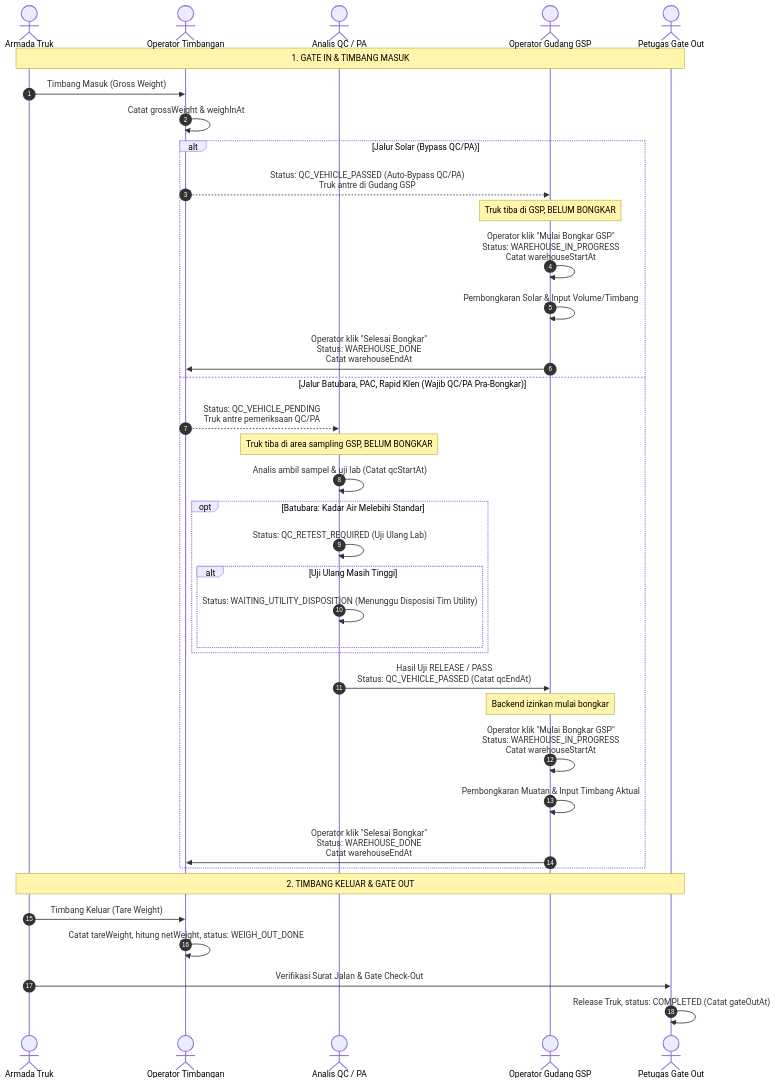
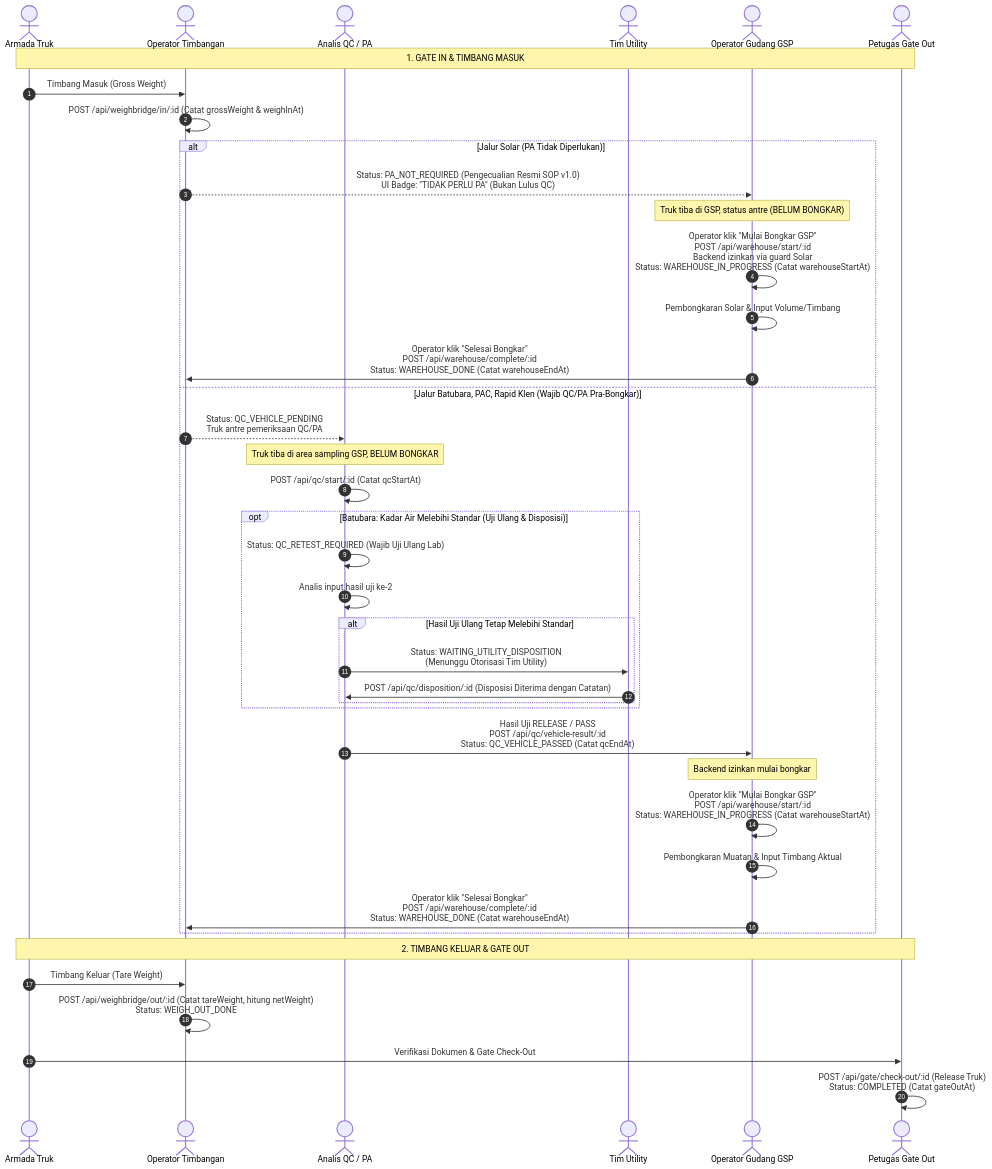
The diagram in docs/superpowers/specs/2026-09-29-gsp-4-groups-workflow-design.md (rahmatauliya10/Aplikasi-Gate-Management-System), drawn with Mermaid before and after one commit. The commit also changed other lines of this file, not shown here.

Commit message:
docs(spec): revise gsp spec to revision 3 with PA_NOT_REQUIRED, anti-tamper guard, and synced controller endpoints

````diff
--- a/docs/superpowers/specs/2026-09-29-gsp-4-groups-workflow-design.md
+++ b/docs/superpowers/specs/2026-09-29-gsp-4-groups-workflow-design.md
@@ -19,44 +20,47 @@
 ```mermaid
 sequenceDiagram
     autonumber
     actor Driver as Armada Truk
     actor WB as Operator Timbangan
     actor QC as Analis QC / PA
+    actor Util as Tim Utility
     actor WH as Operator Gudang GSP
     actor Sec as Petugas Gate Out
 
     Note over Driver,Sec: 1. GATE IN & TIMBANG MASUK
     Driver->>WB: Timbang Masuk (Gross Weight)
-    WB->>WB: Catat grossWeight & weighInAt
+    WB->>WB: POST /api/weighbridge/in/:id (Catat grossWeight & weighInAt)
 
-    alt Jalur Solar (Bypass QC/PA)
-        WB-->>WH: Status: QC_VEHICLE_PASSED (Auto-Bypass QC/PA)<br/>Truk antre di Gudang GSP
-        Note over WH: Truk tiba di GSP, BELUM BONGKAR
-        WH->>WH: Operator klik "Mulai Bongkar GSP"<br/>Status: WAREHOUSE_IN_PROGRESS<br/>Catat warehouseStartAt
+    alt Jalur Solar (PA Tidak Diperlukan)
+        WB-->>WH: Status: PA_NOT_REQUIRED (Pengecualian Resmi SOP v1.0)<br/>UI Badge: "TIDAK PERLU PA" (Bukan Lulus QC)
+        Note over WH: Truk tiba di GSP, status antre (BELUM BONGKAR)
+        WH->>WH: Operator klik "Mulai Bongkar GSP"<br/>POST /api/warehouse/start/:id<br/>Backend izinkan via guard Solar<br/>Status: WAREHOUSE_IN_PROGRESS (Catat warehouseStartAt)
         WH->>WH: Pembongkaran Solar & Input Volume/Timbang
-        WH->>WB: Operator klik "Selesai Bongkar"<br/>Status: WAREHOUSE_DONE<br/>Catat warehouseEndAt
+        WH->>WB: Operator klik "Selesai Bongkar"<br/>POST /api/warehouse/complete/:id<br/>Status: WAREHOUSE_DONE (Catat warehouseEndAt)
     else Jalur Batubara, PAC, Rapid Klen (Wajib QC/PA Pra-Bongkar)
         WB-->>QC: Status: QC_VEHICLE_PENDING<br/>Truk antre pemeriksaan QC/PA
         Note over QC: Truk tiba di area sampling GSP, BELUM BONGKAR
-        QC->>QC: Analis ambil sampel & uji lab (Catat qcStartAt)
+        QC->>QC: POST /api/qc/start/:id (Catat qcStartAt)
         
-        opt Batubara: Kadar Air Melebihi Standar
-            QC->>QC: Status: QC_RETEST_REQUIRED (Uji Ulang Lab)
-            alt Uji Ulang Masih Tinggi
-                QC->>QC: Status: WAITING_UTILITY_DISPOSITION (Menunggu Disposisi Tim Utility)
+        opt Batubara: Kadar Air Melebihi Standar (Uji Ulang & Disposisi)
+            QC->>QC: Status: QC_RETEST_REQUIRED (Wajib Uji Ulang Lab)
+            QC->>QC: Analis input hasil uji ke-2
+            alt Hasil Uji Ulang Tetap Melebihi Standar
+                QC->>Util: Status: WAITING_UTILITY_DISPOSITION<br/>(Menunggu Otorisasi Tim Utility)
+                Util->>QC: POST /api/qc/disposition/:id (Disposisi Diterima dengan Catatan)
             end
         end
 
-        QC->>WH: Hasil Uji RELEASE / PASS<br/>Status: QC_VEHICLE_PASSED (Catat qcEndAt)
+        QC->>WH: Hasil Uji RELEASE / PASS<br/>POST /api/qc/vehicle-result/:id<br/>Status: QC_VEHICLE_PASSED (Catat qcEndAt)
         Note over WH: Backend izinkan mulai bongkar
-        WH->>WH: Operator klik "Mulai Bongkar GSP"<br/>Status: WAREHOUSE_IN_PROGRESS<br/>Catat warehouseStartAt
+        WH->>WH: Operator klik "Mulai Bongkar GSP"<br/>POST /api/warehouse/start/:id<br/>Status: WAREHOUSE_IN_PROGRESS (Catat warehouseStartAt)
         WH->>WH: Pembongkaran Muatan & Input Timbang Aktual
-        WH->>WB: Operator klik "Selesai Bongkar"<br/>Status: WAREHOUSE_DONE<br/>Catat warehouseEndAt
+        WH->>WB: Operator klik "Selesai Bongkar"<br/>POST /api/warehouse/complete/:id<br/>Status: WAREHOUSE_DONE (Catat warehouseEndAt)
     end
 
     Note over Driver,Sec: 2. TIMBANG KELUAR & GATE OUT
     Driver->>WB: Timbang Keluar (Tare Weight)
-    WB->>WB: Catat tareWeight, hitung netWeight, status: WEIGH_OUT_DONE
-    Driver->>Sec: Verifikasi Surat Jalan & Gate Check-Out
-    Sec->>Sec: Release Truk, status: COMPLETED (Catat gateOutAt)
+    WB->>WB: POST /api/weighbridge/out/:id (Catat tareWeight, hitung netWeight)<br/>Status: WEIGH_OUT_DONE
+    Driver->>Sec: Verifikasi Dokumen & Gate Check-Out
+    Sec->>Sec: POST /api/gate/check-out/:id (Release Truk)<br/>Status: COMPLETED (Catat gateOutAt)
 ```
````
